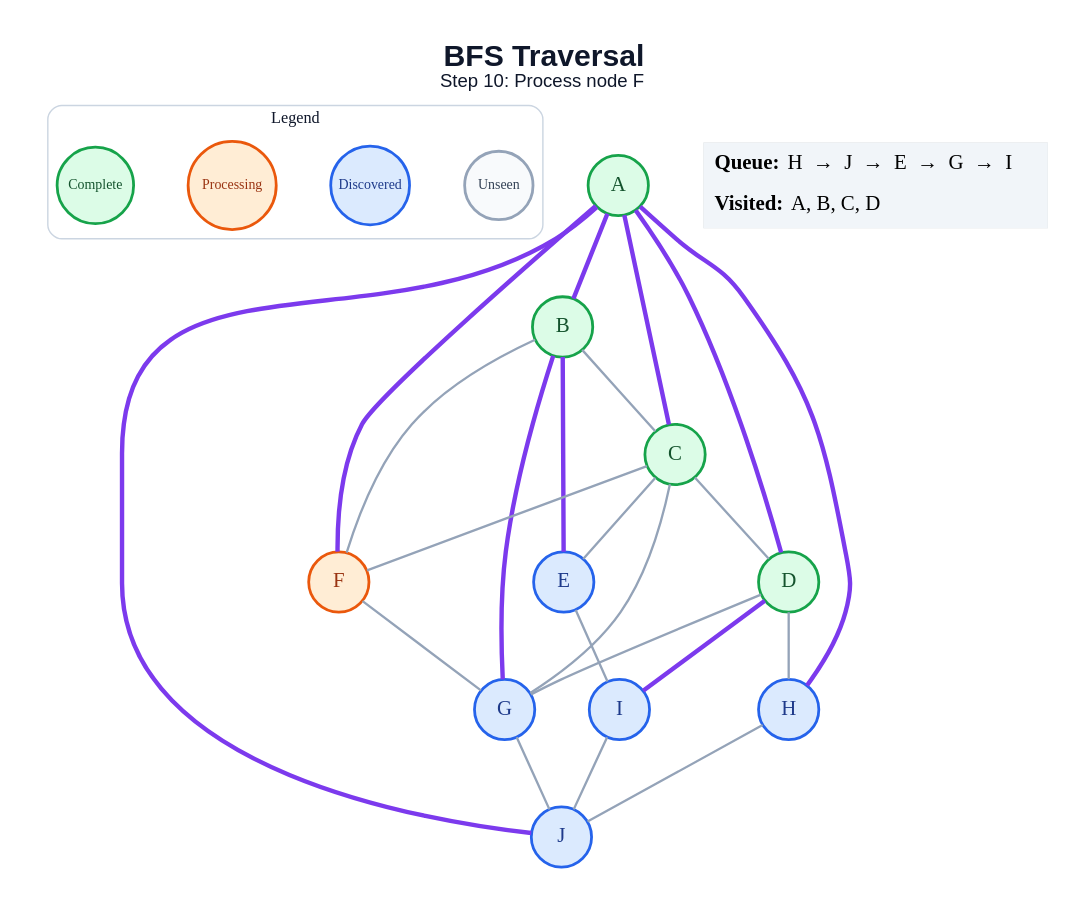
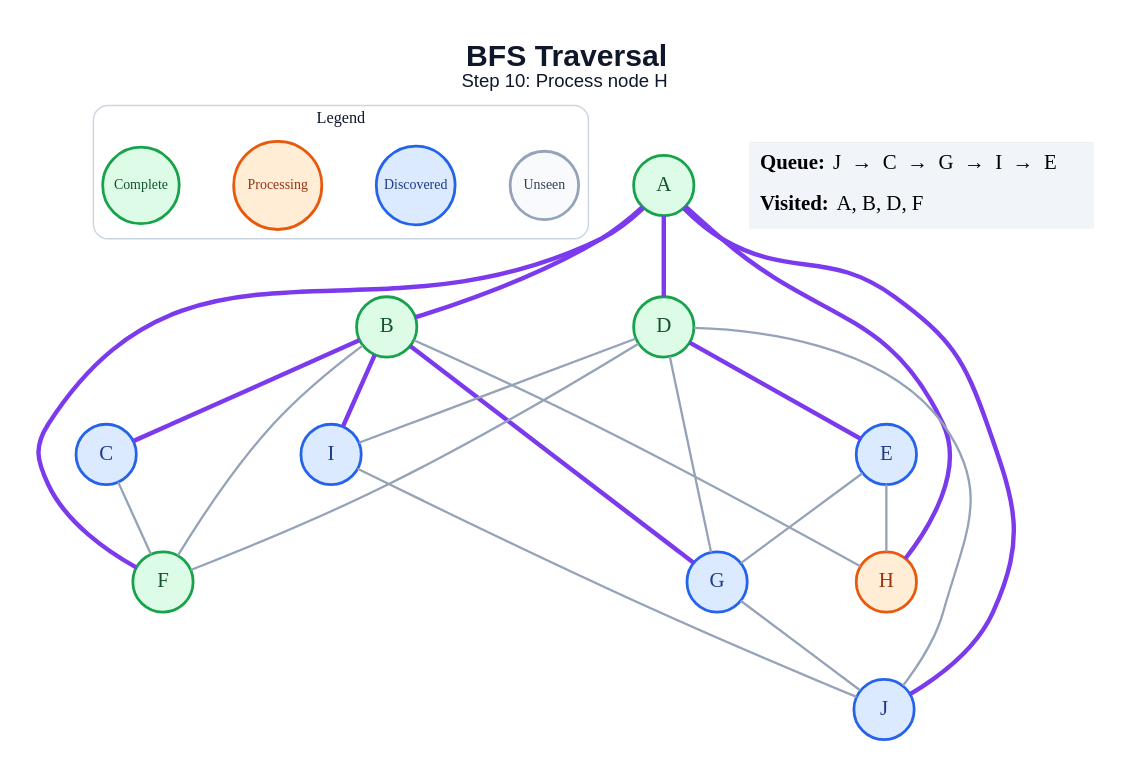
Before and after one commit to amanghodawala9/ai-slop: the diagram in generated/bfs/step_10.dot, drawn with Graphviz. The commit also changed 178 other files, not shown here.

```diff
--- a/generated/bfs/step_10.dot
+++ b/generated/bfs/step_10.dot
@@ -1,51 +1,49 @@
 graph traversal {
   graph [layout=dot, rankdir=TB, bgcolor="#FFFFFF", pad="0.35", nodesep="0.65", ranksep="0.8", fontname="Arial"];
   node [shape=circle, style="filled", fontname="Arial Bold", fontsize=18, width=0.72, fixedsize=true, penwidth=2.4];
   edge [color="#94A3B8", penwidth=2.0];
-  label=<<B>BFS Traversal</B><BR/><FONT POINT-SIZE="16">Step 10: Process node F</FONT>>; labelloc="t"; fontsize=26; fontname="Arial"; fontcolor="#0F172A";
+  label=<<B>BFS Traversal</B><BR/><FONT POINT-SIZE="16">Step 10: Process node H</FONT>>; labelloc="t"; fontsize=26; fontname="Arial"; fontcolor="#0F172A";
   subgraph cluster_legend { label="Legend"; color="#CBD5E1"; penwidth=1.2; style="rounded"; fontsize=14; fontname="Arial Bold";
     key_unseen [label="Unseen", fillcolor="#F8FAFC", color="#94A3B8", fontcolor="#334155", fontsize=12, width=0.82];
     key_frontier [label="Discovered", fillcolor="#DBEAFE", color="#2563EB", fontcolor="#1E3A8A", fontsize=12, width=0.95];
     key_current [label="Processing", fillcolor="#FFEDD5", color="#EA580C", fontcolor="#9A3412", fontsize=12, width=1.05];
     key_done [label="Complete", fillcolor="#DCFCE7", color="#16A34A", fontcolor="#14532D", fontsize=12, width=0.92];
     { rank=same; key_unseen; key_frontier; key_current; key_done; }
   }
   A [fillcolor="#DCFCE7", color="#16A34A", fontcolor="#14532D"];
   B [fillcolor="#DCFCE7", color="#16A34A", fontcolor="#14532D"];
-  C [fillcolor="#DCFCE7", color="#16A34A", fontcolor="#14532D"];
+  C [fillcolor="#DBEAFE", color="#2563EB", fontcolor="#1E3A8A"];
   D [fillcolor="#DCFCE7", color="#16A34A", fontcolor="#14532D"];
   E [fillcolor="#DBEAFE", color="#2563EB", fontcolor="#1E3A8A"];
-  F [fillcolor="#FFEDD5", color="#EA580C", fontcolor="#9A3412"];
+  F [fillcolor="#DCFCE7", color="#16A34A", fontcolor="#14532D"];
   G [fillcolor="#DBEAFE", color="#2563EB", fontcolor="#1E3A8A"];
-  H [fillcolor="#DBEAFE", color="#2563EB", fontcolor="#1E3A8A"];
+  H [fillcolor="#FFEDD5", color="#EA580C", fontcolor="#9A3412"];
   I [fillcolor="#DBEAFE", color="#2563EB", fontcolor="#1E3A8A"];
   J [fillcolor="#DBEAFE", color="#2563EB", fontcolor="#1E3A8A"];
   A -- B [color="#7C3AED", penwidth=3.8];
-  A -- C [color="#7C3AED", penwidth=3.8];
   A -- D [color="#7C3AED", penwidth=3.8];
   A -- F [color="#7C3AED", penwidth=3.8];
   A -- H [color="#7C3AED", penwidth=3.8];
   A -- J [color="#7C3AED", penwidth=3.8];
-  B -- C;
-  B -- E [color="#7C3AED", penwidth=3.8];
+  B -- C [color="#7C3AED", penwidth=3.8];
   B -- F;
   B -- G [color="#7C3AED", penwidth=3.8];
-  C -- D;
-  C -- E;
+  B -- H;
+  B -- I [color="#7C3AED", penwidth=3.8];
   C -- F;
-  C -- G;
+  D -- E [color="#7C3AED", penwidth=3.8];
+  D -- F;
   D -- G;
-  D -- H;
-  D -- I [color="#7C3AED", penwidth=3.8];
-  E -- I;
-  F -- G;
+  D -- I;
+  D -- J;
+  E -- G;
+  E -- H;
   G -- J;
-  H -- J;
   I -- J;
   status [shape=plain, fixedsize=false, width=0, height=0, margin=0, label=<
     <TABLE BORDER="0" CELLBORDER="0" CELLPADDING="7" BGCOLOR="#F1F5F9">
-      <TR><TD ALIGN="LEFT"><B>Queue:</B> H  →  J  →  E  →  G  →  I</TD></TR>
-      <TR><TD ALIGN="LEFT"><B>Visited:</B> A, B, C, D</TD></TR>
+      <TR><TD ALIGN="LEFT"><B>Queue:</B> J  →  C  →  G  →  I  →  E</TD></TR>
+      <TR><TD ALIGN="LEFT"><B>Visited:</B> A, B, D, F</TD></TR>
     </TABLE>
   >];
 }
```
